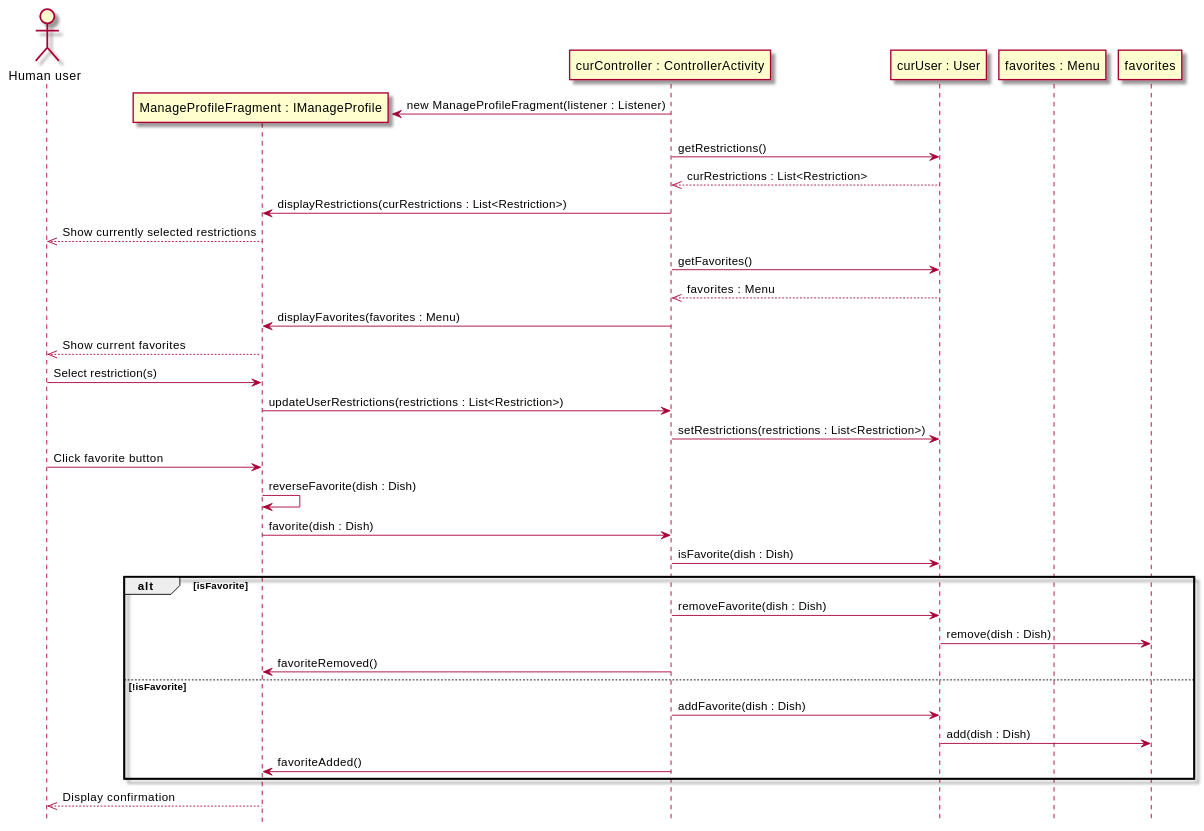
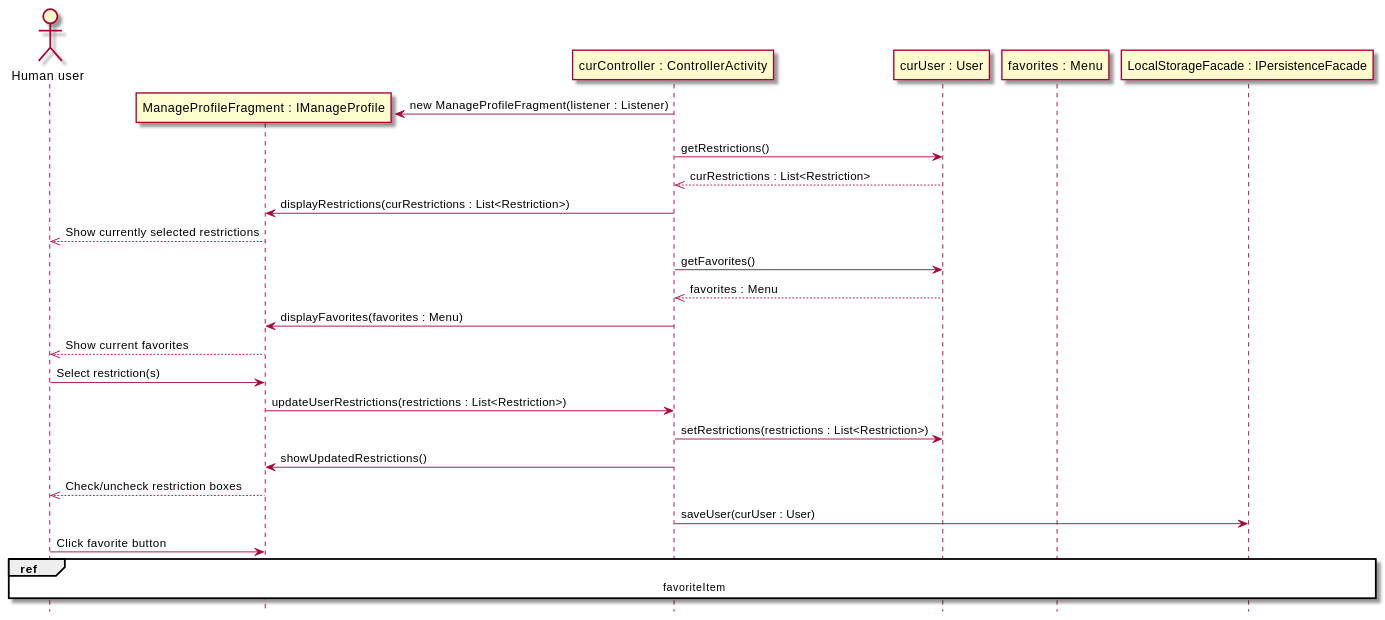
Before and after one commit to sashap100/Vassar-Dining-App: the seventh of 7 diagrams in intellij/doc/design.md, drawn with PlantUML. The commit also changed other lines of this file and 2 other files, not shown here.

````diff
--- a/intellij/doc/design.md
+++ b/intellij/doc/design.md
@@ -318,37 +362,31 @@
 ```plantuml
 @startuml
 skin rose
 hide footbox
 actor "Human user" as human
 participant "ManageProfileFragment : IManageProfile" as ui
 participant "curController : ControllerActivity" as controller
 participant "curUser : User" as user
 participant "favorites : Menu"
+participant "LocalStorageFacade : IPersistenceFacade" as persistence
 
 controller -> ui **: new ManageProfileFragment(listener : Listener)
 controller -> user : getRestrictions()
 user -->> controller : curRestrictions : List<Restriction>
 controller -> ui : displayRestrictions(curRestrictions : List<Restriction>)
 ui -->> human : Show currently selected restrictions
 controller -> user : getFavorites()
 user -->> controller : favorites : Menu
 controller -> ui : displayFavorites(favorites : Menu)
 ui -->> human : Show current favorites
 human -> ui : Select restriction(s)
 ui -> controller : updateUserRestrictions(restrictions : List<Restriction>)
 controller -> user : setRestrictions(restrictions : List<Restriction>)
+controller -> ui : showUpdatedRestrictions()
+ui -->> human : Check/uncheck restriction boxes
+controller -> persistence : saveUser(curUser : User)
 human -> ui : Click favorite button
-ui -> ui : reverseFavorite(dish : Dish)
-ui -> controller : favorite(dish : Dish)
-controller -> user : isFavorite(dish : Dish)
-alt isFavorite
-    controller -> user : removeFavorite(dish : Dish)
-    user -> favorites : remove(dish : Dish)
-    controller -> ui : favoriteRemoved()
-else !isFavorite
-    controller -> user : addFavorite(dish : Dish)
-    user -> favorites : add(dish : Dish)
-    controller -> ui : favoriteAdded()
-end
-ui -->> human : Display confirmation
+ref over human,ui,user,controller,persistence
+    favoriteItem
+end ref
 ```
````
